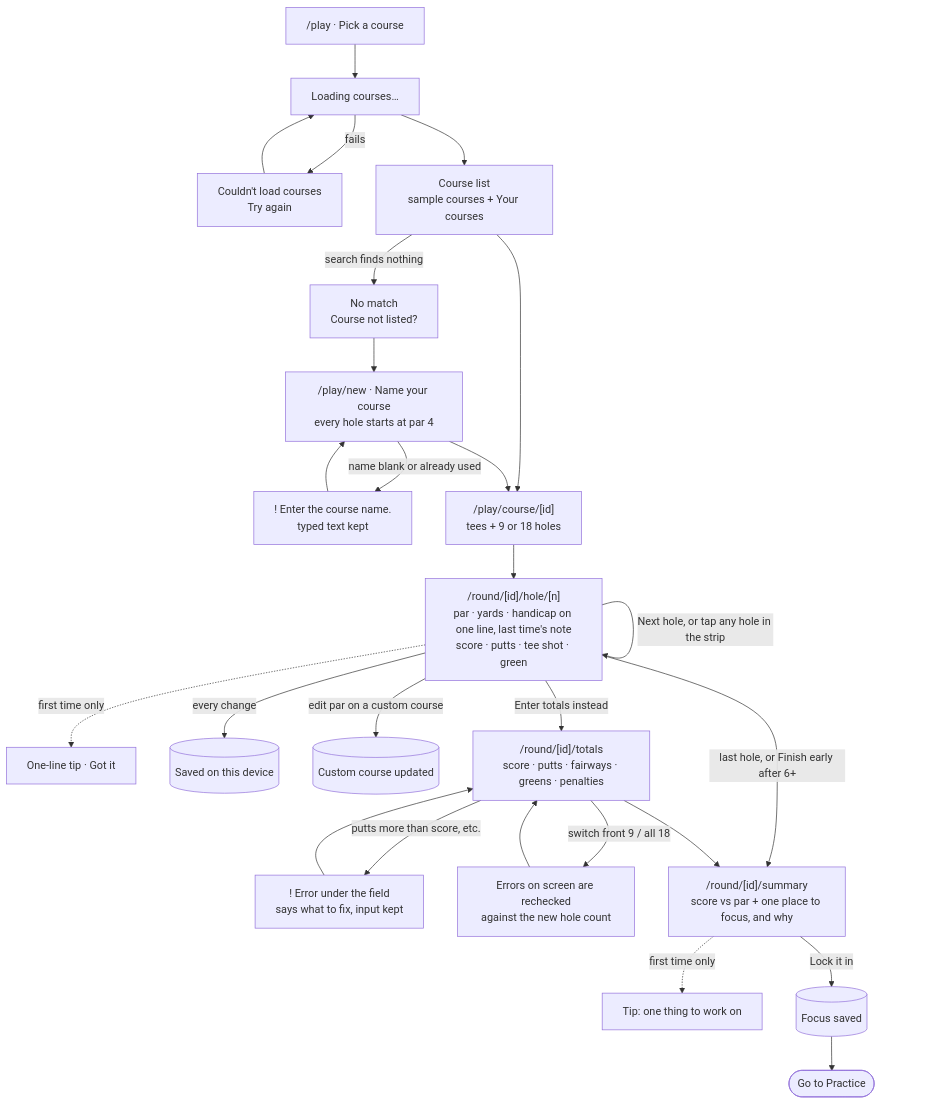
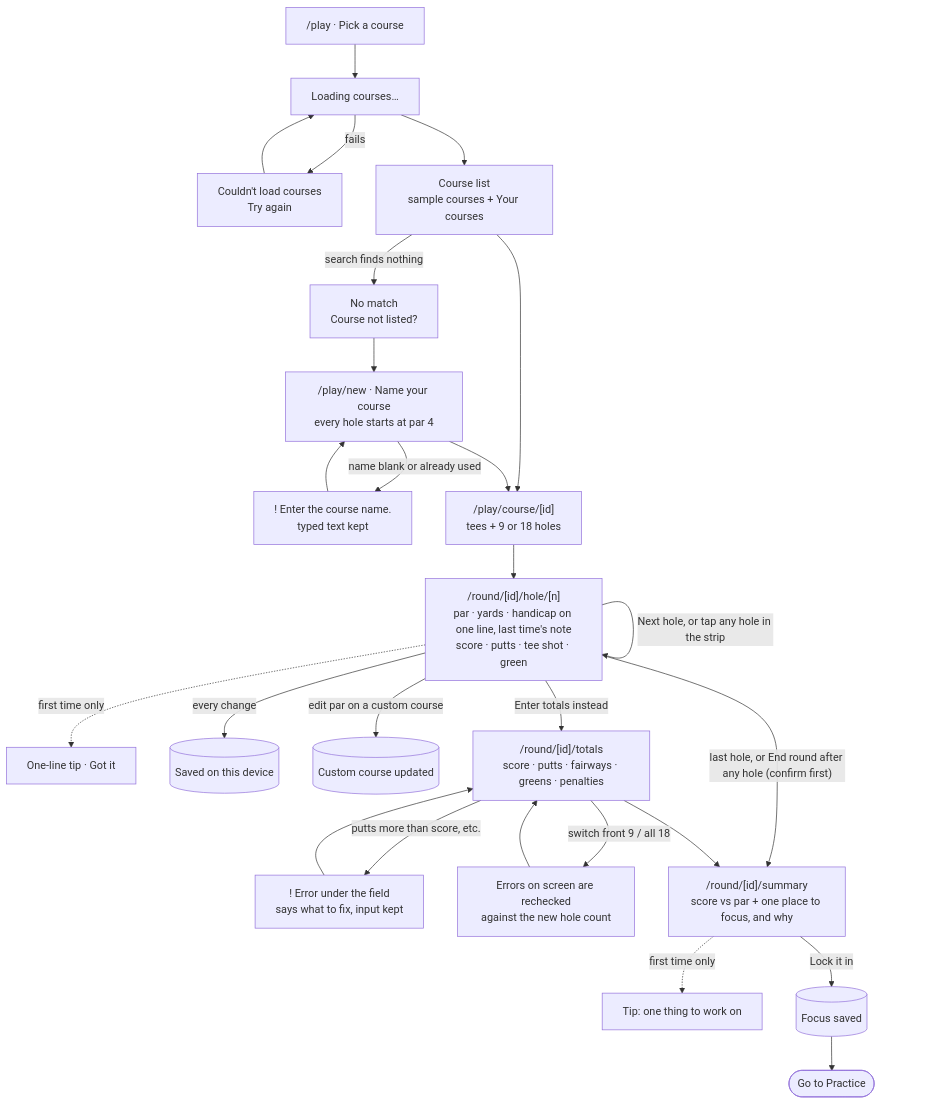
Before and after one commit to apham799/DesignBuildShip_Assignment3: the third of 5 diagrams in README.md, drawn with Mermaid. The commit also changed 3 other files, not shown here.

First line of the commit message:
End a round after any hole

````diff
--- a/README.md
+++ b/README.md
@@ -62,28 +62,28 @@
 ```mermaid
 flowchart TD
   pick["/play · Pick a course"] --> loading["Loading courses…"]
   loading -- "fails" --> lerr["Couldn't load courses<br/>Try again"]
   lerr --> loading
   loading --> list["Course list<br/>sample courses + Your courses"]
   list -- "search finds nothing" --> empty["No match<br/>Course not listed?"]
   empty --> custom["/play/new · Name your course<br/>every hole starts at par 4"]
   custom -- "name blank or already used" --> cerr["! Enter the course name.<br/>typed text kept"]
   cerr --> custom
   list --> tee["/play/course/[id]<br/>tees + 9 or 18 holes"]
   custom --> tee
   tee --> hole["/round/[id]/hole/[n]<br/>par · yards · handicap on one line, last time's note<br/>score · putts · tee shot · green"]
   hole -. first time only .-> tip1["One-line tip · Got it"]
   hole -- "every change" --> autosave[("Saved on this device")]
   hole -- "edit par on a custom course" --> cc[("Custom course updated")]
   hole -- "Next hole, or tap any hole in the strip" --> hole
   hole -- "Enter totals instead" --> totals["/round/[id]/totals<br/>score · putts · fairways · greens · penalties"]
   totals -- "putts more than score, etc." --> terr["! Error under the field<br/>says what to fix, input kept"]
   terr --> totals
   totals -- "switch front 9 / all 18" --> recheck["Errors on screen are rechecked<br/>against the new hole count"]
   recheck --> totals
-  hole -- "last hole, or Finish early after 6+" --> summary["/round/[id]/summary<br/>score vs par + one place to focus, and why"]
+  hole -- "last hole, or End round after any hole (confirm first)" --> summary["/round/[id]/summary<br/>score vs par + one place to focus, and why"]
   totals --> summary
   summary -. first time only .-> tip2["Tip: one thing to work on"]
   summary -- "Lock it in" --> focus[("Focus saved")]
   focus --> plan(["Go to Practice"])
 ```
````
